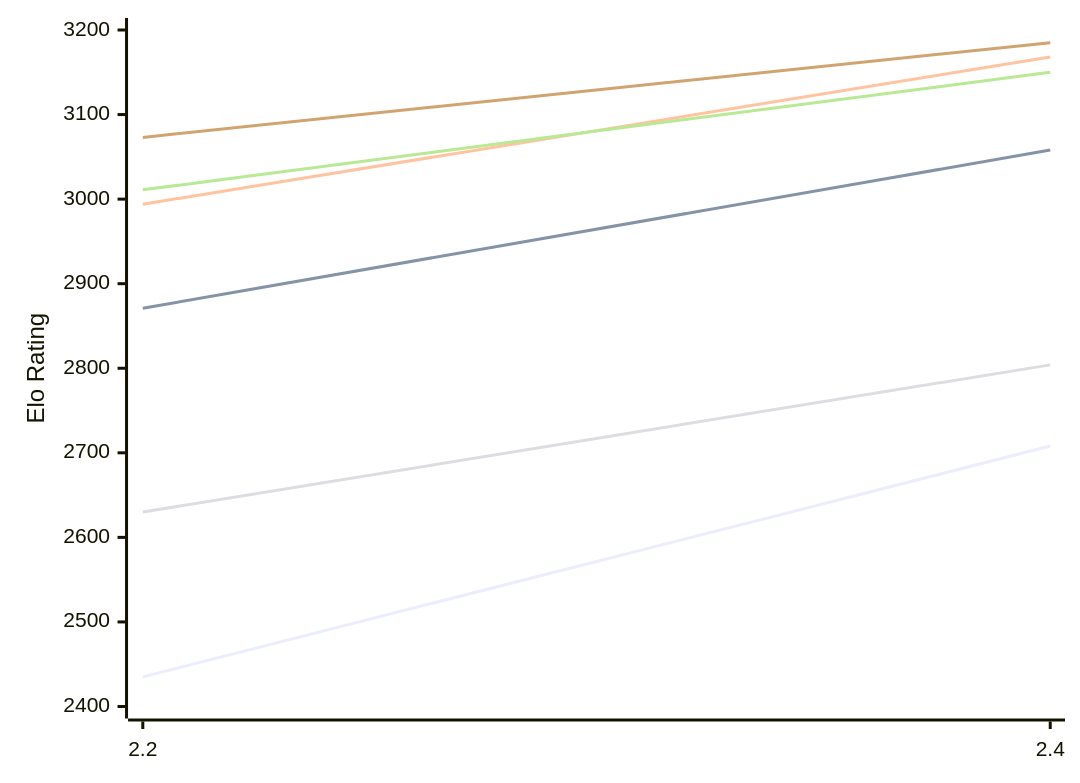
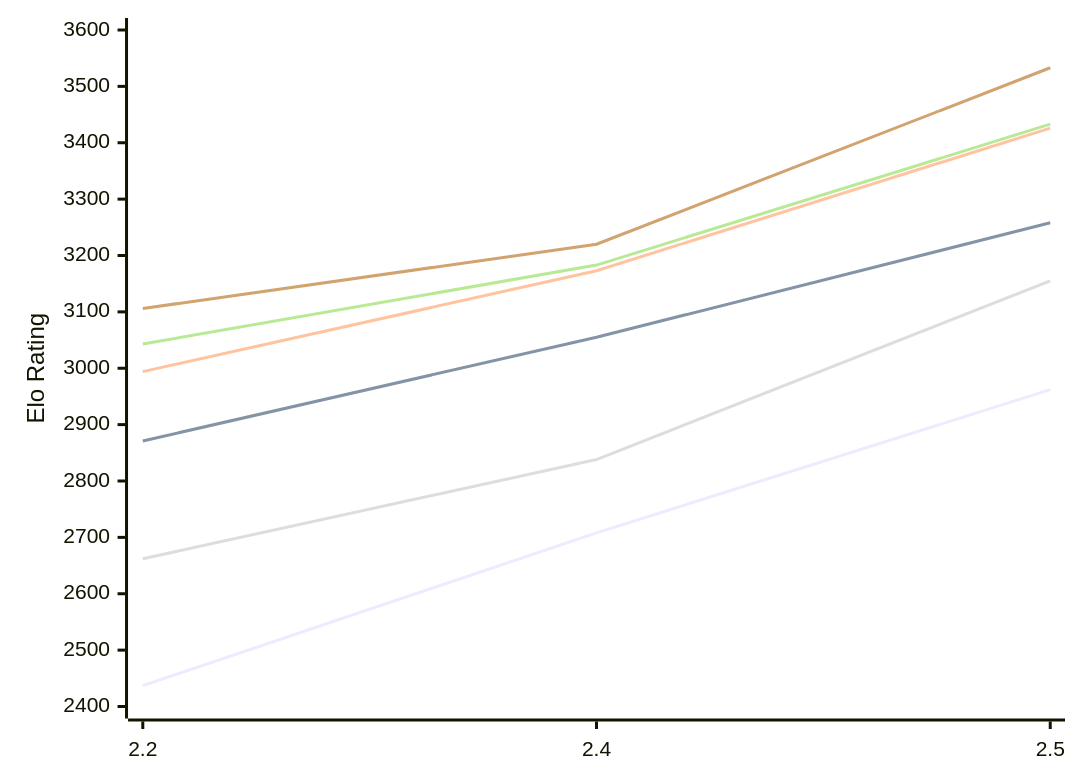
One commit to computer-chess-index/cci changed the first of 2 diagrams in engines/Sloth.md. Above: the diagram before and after it, drawn with Mermaid. The commit also changed other lines of this file, not shown here.

Commit message:
Update CCI Ratings (ELO VLTC) - 2026-11-05

````diff
--- a/engines/Sloth.md
+++ b/engines/Sloth.md
@@ -50,12 +52,12 @@
 ```mermaid
 %%{init: {"theme":"base","themeVariables":{"seriesColors:['#a3a3a3','#222221','#faa371']}}}%%
 xychart-beta
-  x-axis ["2.2", "2.4"]
-  y-axis "Elo Rating" 2400 --> 3200
-  line "E1: STC (8.0+0.08s)" [2435, 2708]
-  line "E1: LTC (60.0+0.60s)" [2871, 3058]
-  line "E1: VLTC (2m24s+1.12s)" [2994, 3168]
-  line "P1: STC (8.0+0.08s)" [2630, 2804]
-  line "P1: LTC (60.0+0.60s)" [3011, 3150]
-  line "P1: VLTC (2m24s+1.12s)" [3073, 3185]
+  x-axis ["2.2", "2.4", "2.5"]
+  y-axis "Elo Rating" 2400 --> 3600
+  line "E1: STC (8.0+0.08s)" [2437, 2708, 2962]
+  line "E1: LTC (60.0+0.60s)" [2871, 3055, 3258]
+  line "E1: VLTC (2m24s+1.12s)" [2994, 3173, 3426]
+  line "P1: STC (8.0+0.08s)" [2662, 2838, 3155]
+  line "P1: LTC (60.0+0.60s)" [3043, 3183, 3433]
+  line "P1: VLTC (2m24s+1.12s)" [3106, 3220, 3533]
 ```
````
